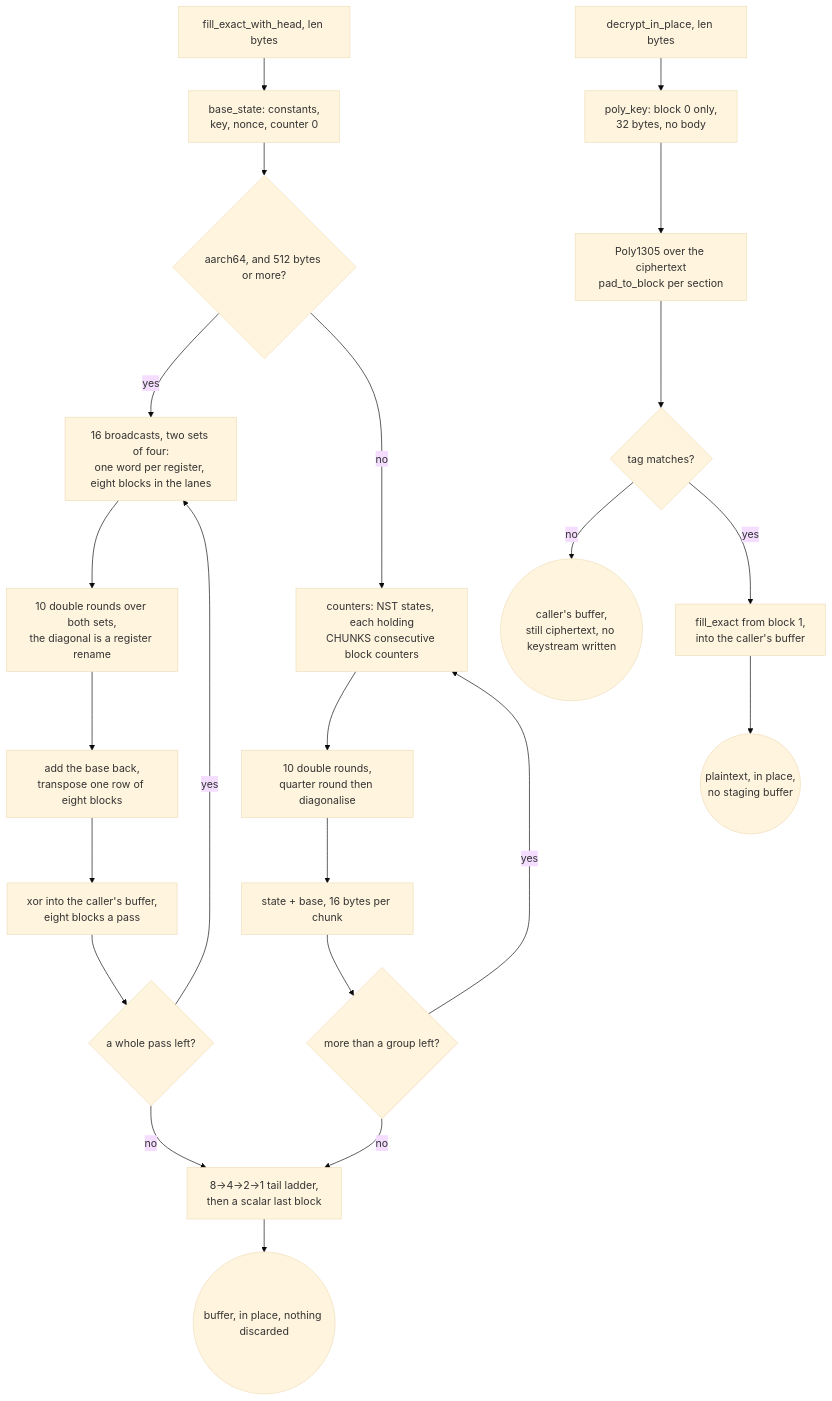
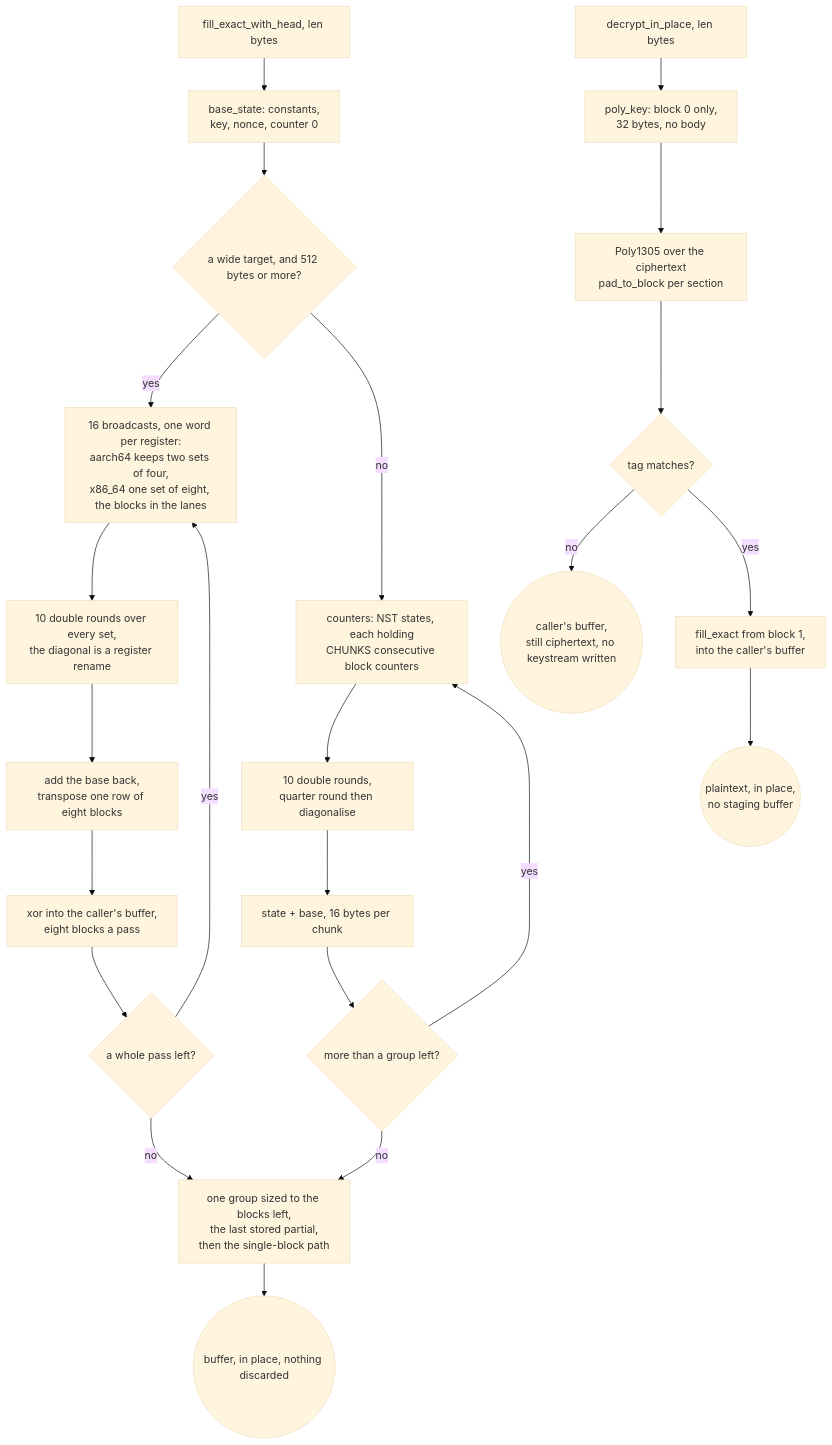
The diagram in docs/function/record-layer.md (TheGorgeousIvorChival/ferrox), drawn with Mermaid (base theme) before and after one commit. The commit also changed other lines of this file and 1 other file, not shown here.

First line of the commit message:
Give the x86 keystream the same eight blocks in one register set

````diff
--- a/docs/function/record-layer.md
+++ b/docs/function/record-layer.md
@@ -50,25 +50,25 @@
 ```mermaid
 graph TD
     A["fill_exact_with_head, len bytes"] --> B["base_state: constants,<br/>key, nonce, counter 0"]
-    B --> C{"aarch64, and 512 bytes or more?"}
-    C -- yes --> S["16 broadcasts, two sets of four:<br/>one word per register, eight blocks in the lanes"]
-    S --> T["10 double rounds over both sets,<br/>the diagonal is a register rename"]
+    B -->    C{"a wide target, and 512 bytes or more?"}
+    C -- yes --> S["16 broadcasts, one word per register:<br/>aarch64 keeps two sets of four,<br/>x86_64 one set of eight, the blocks in the lanes"]
+    S --> T["10 double rounds over every set,<br/>the diagonal is a register rename"]
     T --> U["add the base back,<br/>transpose one row of eight blocks"]
     U --> V["xor into the caller's buffer,<br/>eight blocks a pass"]
     V --> W{"a whole pass left?"}
     W -- yes --> S
     C -- no --> D["counters: NST states, each holding<br/>CHUNKS consecutive block counters"]
     D --> E["10 double rounds,<br/>quarter round then diagonalise"]
     E --> F["state + base, 16 bytes per chunk"]
     F --> G{"more than a group left?"}
     G -- yes --> D
     W -- no --> H
-    G -- no --> H["8→4→2→1 tail ladder,<br/>then a scalar last block"]
+    G -- no --> H["one group sized to the blocks left,<br/>the last stored partial,<br/>then the single-block path"]
     H --> I(("buffer, in place, nothing discarded"))
     J["decrypt_in_place, len bytes"] --> K["poly_key: block 0 only,<br/>32 bytes, no body"]
     K --> L["Poly1305 over the ciphertext<br/>pad_to_block per section"]
     L --> M{"tag matches?"}
     M -- no --> N(("caller's buffer,<br/>still ciphertext, no keystream written"))
     M -- yes --> O["fill_exact from block 1,<br/>into the caller's buffer"]
     O --> P(("plaintext, in place,<br/>no staging buffer"))
 ```
````
